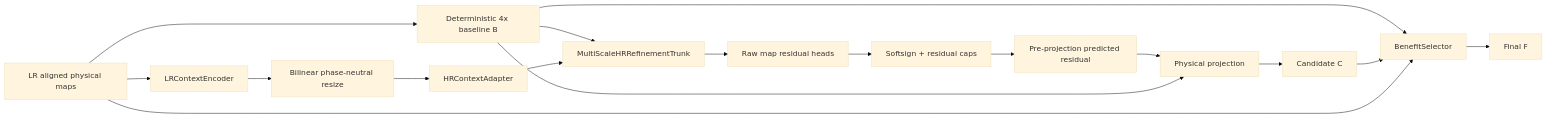
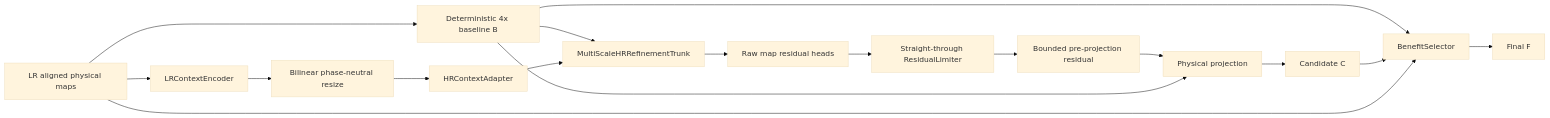
One commit to JamieShelley/trinity changed the diagram in tools/nsamdr/README.md. Above: the diagram before and after it, drawn with Mermaid (base theme). The commit also changed other lines of this file, not shown here.

Commit message:
Document V14.4 stability architecture

````diff
--- a/tools/nsamdr/README.md
+++ b/tools/nsamdr/README.md
@@ -116,21 +113,21 @@
 ```mermaid
 flowchart LR
     LR[LR aligned physical maps] --> B[Deterministic 4x baseline B]
     LR --> ENC[LRContextEncoder]
     ENC --> RESIZE[Bilinear phase-neutral resize]
     RESIZE --> ADAPT[HRContextAdapter]
 
     B --> REF[MultiScaleHRRefinementTrunk]
     ADAPT --> REF
     REF --> RAW[Raw map residual heads]
-    RAW --> SOFT[Softsign + residual caps]
-    SOFT --> PRE[Pre-projection predicted residual]
+    RAW --> LIMIT[Straight-through ResidualLimiter]
+    LIMIT --> PRE[Bounded pre-projection residual]
     PRE --> PROJ[Physical projection]
     B --> PROJ
     PROJ --> C[Candidate C]
 
     B --> SEL[BenefitSelector]
     C --> SEL
     LR --> SEL
     SEL --> F[Final F]
 ```
````
